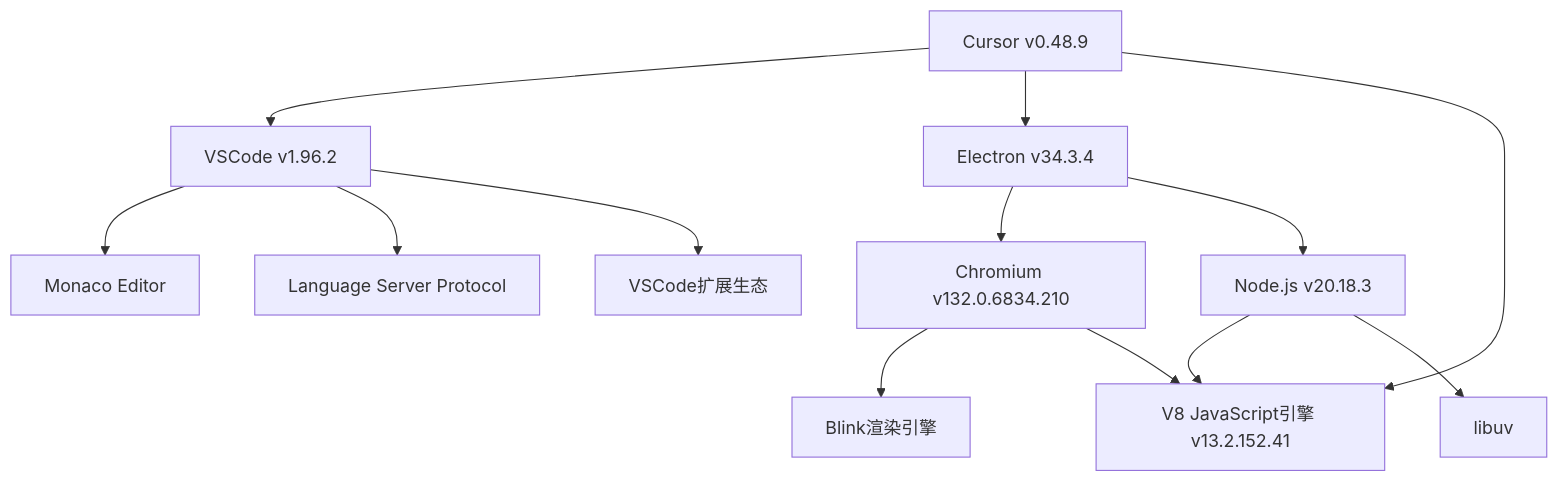
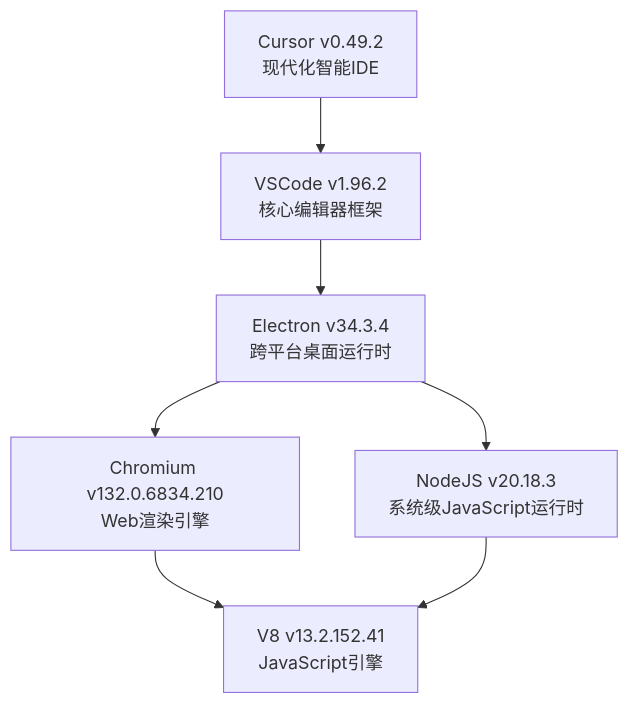
One commit to tujiaw/nextjs-blog-deploy changed the diagram in demo/docs/cursor-open-source-components.md. Above: the diagram before and after it, drawn with Mermaid. The commit also changed other lines of this file and 2 other files, not shown here.

Commit message:
新增AI编程变革文档，详细对比传统编程与AI辅助编程的流程，阐述编程模式的主要区别及其对开发者的影响。同时更新Cursor组件关系分析，简化组件介绍并优化图示，提升文档的清晰度和可读性。

````diff
--- a/demo/docs/cursor-open-source-components.md
+++ b/demo/docs/cursor-open-source-components.md
@@ -7,18 +5,16 @@
 ```mermaid
 graph TD
-    Cursor[Cursor v0.48.9] --> VSCode[VSCode v1.96.2]
-    Cursor --> Electron[Electron v34.3.4]
-    Electron --> Chromium[Chromium v132.0.6834.210]
-    Electron --> NodeJS[Node.js v20.18.3]
-    Cursor --> V8[V8 JavaScript引擎 v13.2.152.41]
+    A[Cursor v0.49.2<br>现代化智能IDE]
+    B[VSCode v1.96.2<br>核心编辑器框架]
+    C[Electron v34.3.4<br>跨平台桌面运行时]
+    D[Chromium v132.0.6834.210<br>Web渲染引擎]
+    E[NodeJS v20.18.3<br>系统级JavaScript运行时]
+    F[V8 v13.2.152.41<br>JavaScript引擎]
     
-    VSCode --> Monaco[Monaco Editor]
-    VSCode --> LSP[Language Server Protocol]
-    VSCode --> Extensions[VSCode扩展生态]
-    
-    NodeJS --> V8
-    NodeJS --> libuv[libuv]
-    
-    Chromium --> Blink[Blink渲染引擎]
-    Chromium --> V8
+    A --> B
+    B --> C
+    C --> D
+    C --> E
+    D --> F
+    E --> F
 ```
````
